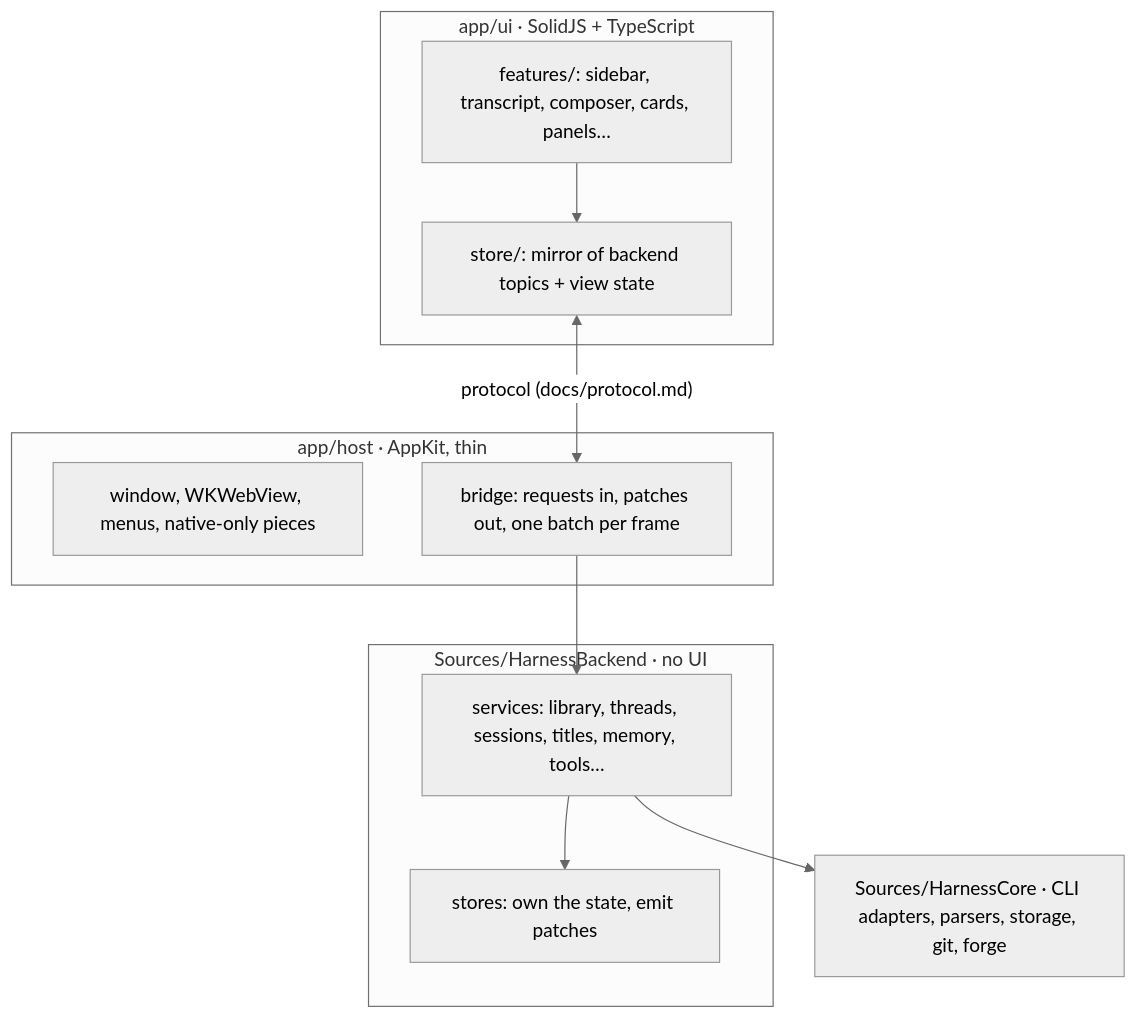
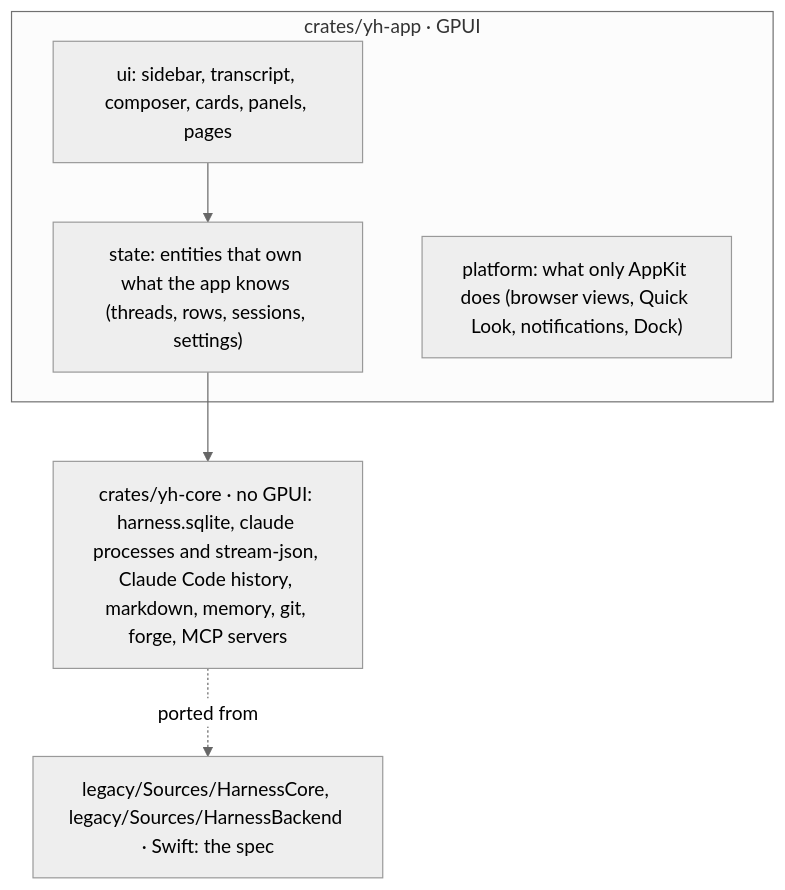
The diagram in docs/architecture.md (mdovhopo/yourharness), drawn with Mermaid (neutral theme) before and after one commit. The commit also changed other lines of this file and 191 other files, not shown here.

````diff
--- a/docs/architecture.md
+++ b/docs/architecture.md
@@ -11,20 +13,13 @@
 ```mermaid
 flowchart TB
-  subgraph UI["app/ui · SolidJS + TypeScript"]
-    Features["features/: sidebar, transcript, composer, cards, panels…"]
-    Mirror["store/: mirror of backend topics + view state"]
-    Features --> Mirror
+  subgraph App["crates/yh-app · GPUI"]
+    UI["ui: sidebar, transcript, composer, cards, panels, pages"]
+    State["state: entities that own what the app knows (threads, rows, sessions, settings)"]
+    Mac["platform: what only AppKit does (browser views, Quick Look, notifications, Dock)"]
+    UI --> State
   end
-  subgraph Host["app/host · AppKit, thin"]
-    Window["window, WKWebView, menus, native-only pieces"]
-    Bridge["bridge: requests in, patches out, one batch per frame"]
-  end
-  subgraph Backend["Sources/HarnessBackend · no UI"]
-    Services["services: library, threads, sessions, titles, memory, tools…"]
-    Stores["stores: own the state, emit patches"]
-  end
-  Core["Sources/HarnessCore · CLI adapters, parsers, storage, git, forge"]
-  Mirror <-- "protocol (docs/protocol.md)" --> Bridge
-  Bridge --> Services --> Stores
-  Services --> Core
+  Core["crates/yh-core · no GPUI: harness.sqlite, claude processes and stream-json, Claude Code history, markdown, memory, git, forge, MCP servers"]
+  State --> Core
+  Legacy["legacy/Sources/HarnessCore, legacy/Sources/HarnessBackend · Swift: the spec"]
+  Core -. "ported from" .-> Legacy
 ```
````
